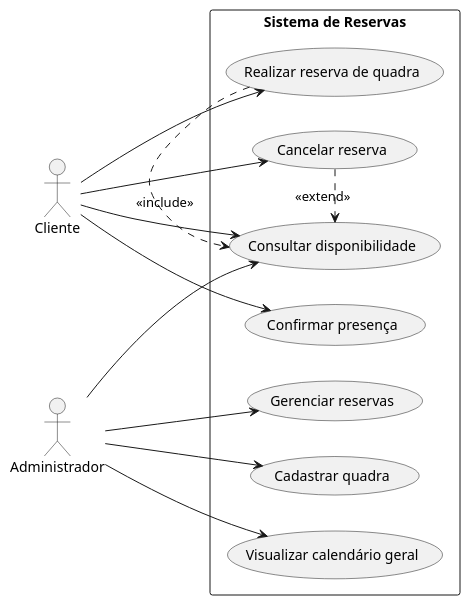
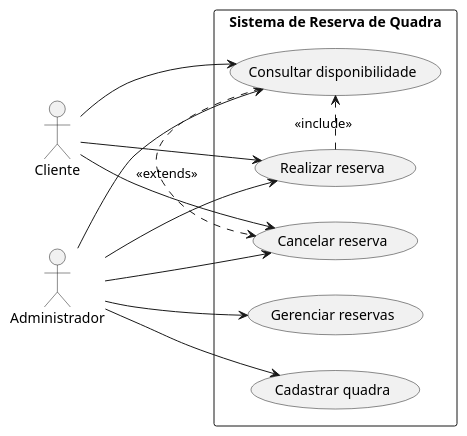
Before and after one commit to heliokamakawa/ifpr: the second of 3 diagrams in aps/aulas/aula07a.md, drawn with PlantUML. The commit also changed other lines of this file, not shown here.

````diff
--- a/aps/aulas/aula07a.md
+++ b/aps/aulas/aula07a.md
@@ -141,31 +165,28 @@
 ```plantuml
-@startuml "Diagrama de Casos de Uso – Sistema de Reservas"
-left to right direction
+@startuml
+left to right direction 
 
 actor "Cliente" as Cliente
-actor "Administrador" as Admin
+actor "Administrador" as Administrador
 
-rectangle "Sistema de Reservas" {
-  usecase "Realizar reserva de quadra" as CU01
+rectangle "Sistema de Reserva de Quadra" {
+  usecase "Realizar reserva" as CU01
   usecase "Cancelar reserva" as CU02
   usecase "Consultar disponibilidade" as CU03
-  usecase "Confirmar presença" as CU04
-  usecase "Gerenciar reservas" as CU05
-  usecase "Cadastrar quadra" as CU06
-  usecase "Visualizar calendário geral" as CU07
+  usecase "Gerenciar reservas" as CU04
+  usecase "Cadastrar quadra" as CU05 
 
   CU01 .> CU03 : <<include>>
-  CU02 .> CU03 : <<extend>>
+  CU03 .> CU02 : <<extends>>
 }
 
 Cliente --> CU01
 Cliente --> CU02
 Cliente --> CU03
-Cliente --> CU04
-
-Admin --> CU03
-Admin --> CU05
-Admin --> CU06
-Admin --> CU07
+Administrador --> CU01
+Administrador --> CU02
+Administrador --> CU03
+Administrador --> CU04
+Administrador --> CU05
 @enduml
 ```
````
